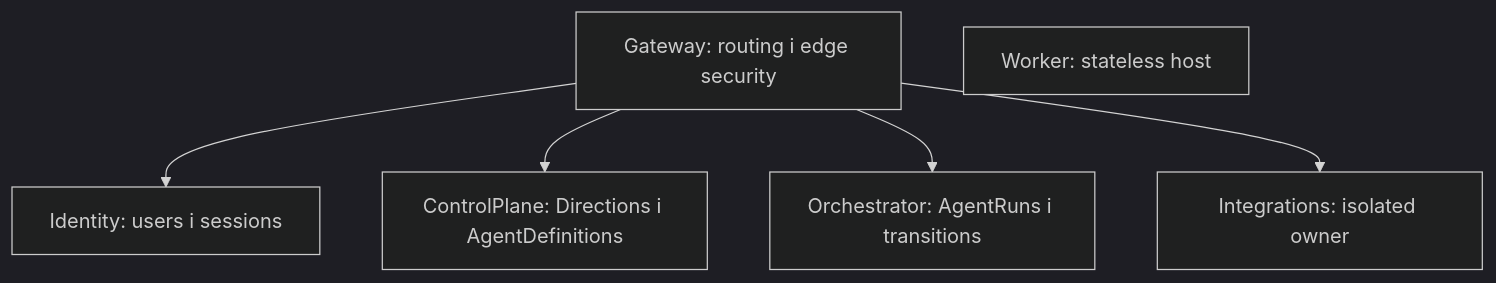
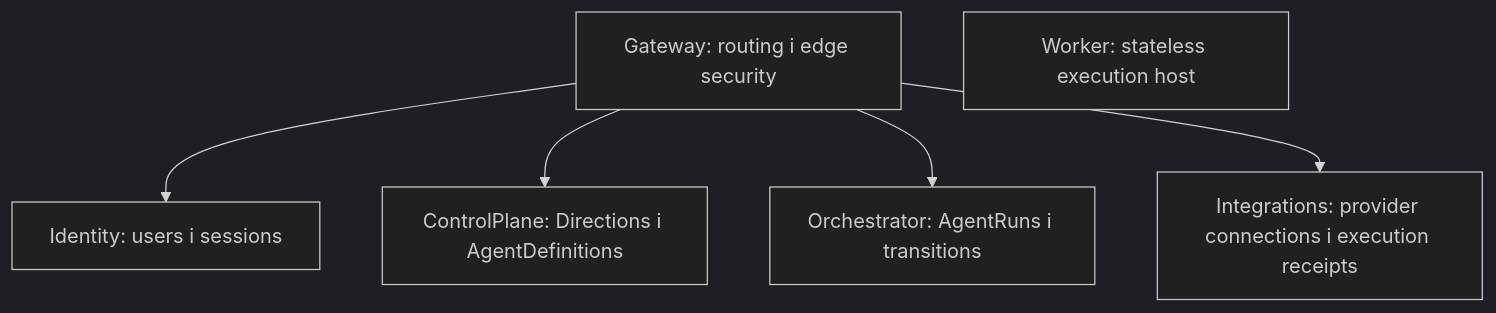
Before and after one commit to SqeeZarion/AiControlCenter: the diagram in docs/architecture/service-boundaries.md, drawn with Mermaid (dark theme). The commit also changed other lines of this file and 15 other files, not shown here.

````diff
--- a/docs/architecture/service-boundaries.md
+++ b/docs/architecture/service-boundaries.md
@@ -3,13 +3,13 @@
 ```mermaid
 flowchart TB
     Gateway["Gateway: routing і edge security"]
     Identity["Identity: users і sessions"]
     ControlPlane["ControlPlane: Directions і AgentDefinitions"]
     Orchestrator["Orchestrator: AgentRuns і transitions"]
-    Integrations["Integrations: isolated owner"]
-    Worker["Worker: stateless host"]
+    Integrations["Integrations: provider connections і execution receipts"]
+    Worker["Worker: stateless execution host"]
     Gateway --> Identity
     Gateway --> ControlPlane
     Gateway --> Orchestrator
     Gateway --> Integrations
 ```
````
